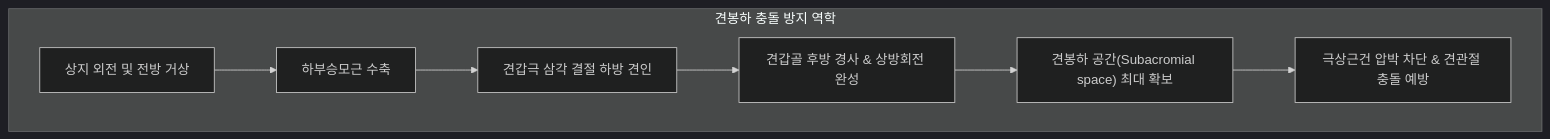
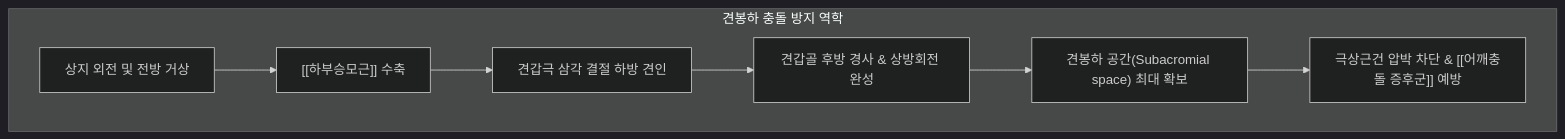
One commit to simbio11/simbio-digital-garden2 changed the second of 3 diagrams in content/1. 근골격계 공부/근육/(3) 어깨죽지/하부승모근.md. Above: the diagram before and after it, drawn with Mermaid (dark theme). The commit also changed other lines of this file and 150 other files, not shown here.

````diff
--- a/content/1. 근골격계 공부/근육/(3) 어깨죽지/하부승모근.md
+++ b/content/1. 근골격계 공부/근육/(3) 어깨죽지/하부승모근.md
@@ -66,10 +74,10 @@
 ```mermaid
 flowchart TD
     subgraph ImpingementPrevention [견봉하 충돌 방지 역학]
-        A["상지 외전 및 전방 거상"] --> B["하부승모근 수축"]
+        A["상지 외전 및 전방 거상"] --> B["[[하부승모근]] 수축"]
         B --> C["견갑극 삼각 결절 하방 견인"]
         C --> D["견갑골 후방 경사 & 상방회전 완성"]
         D --> E["견봉하 공간(Subacromial space) 최대 확보"]
-        E --> F["극상근건 압박 차단 & 견관절 충돌 예방"]
+        E --> F["극상근건 압박 차단 & [[어깨충돌 증후군]] 예방"]
     end
 ```
````
